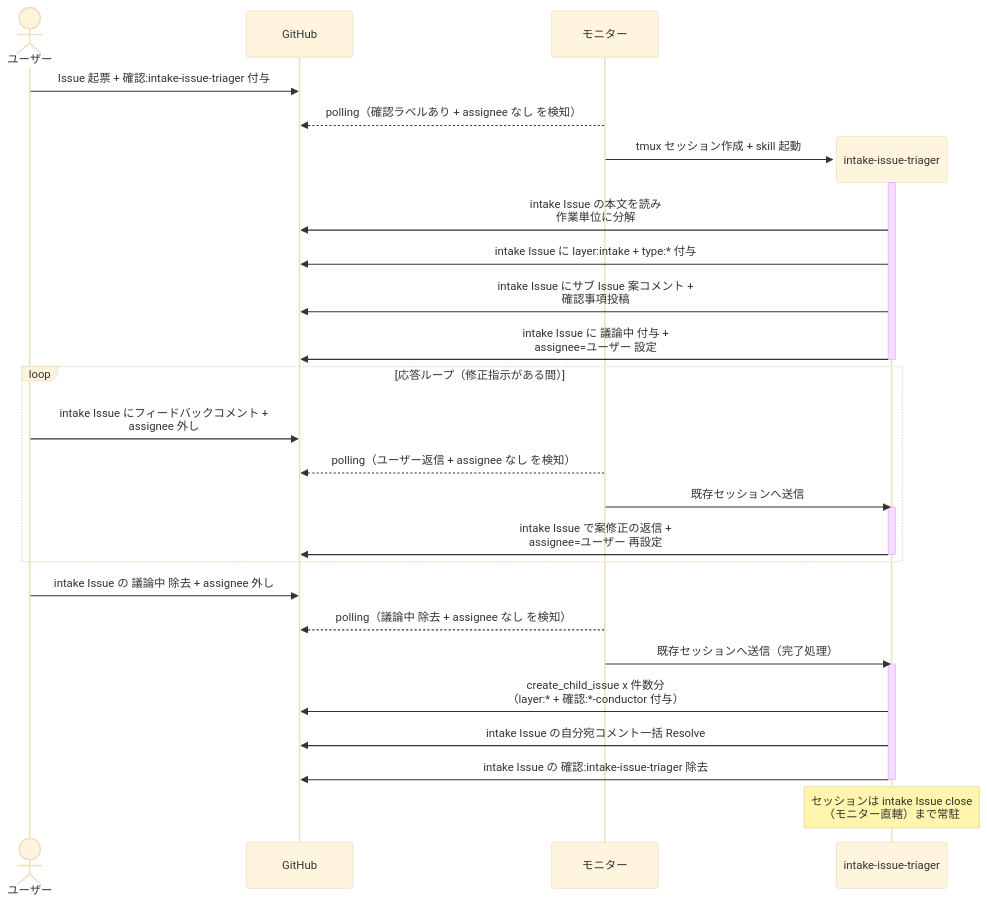
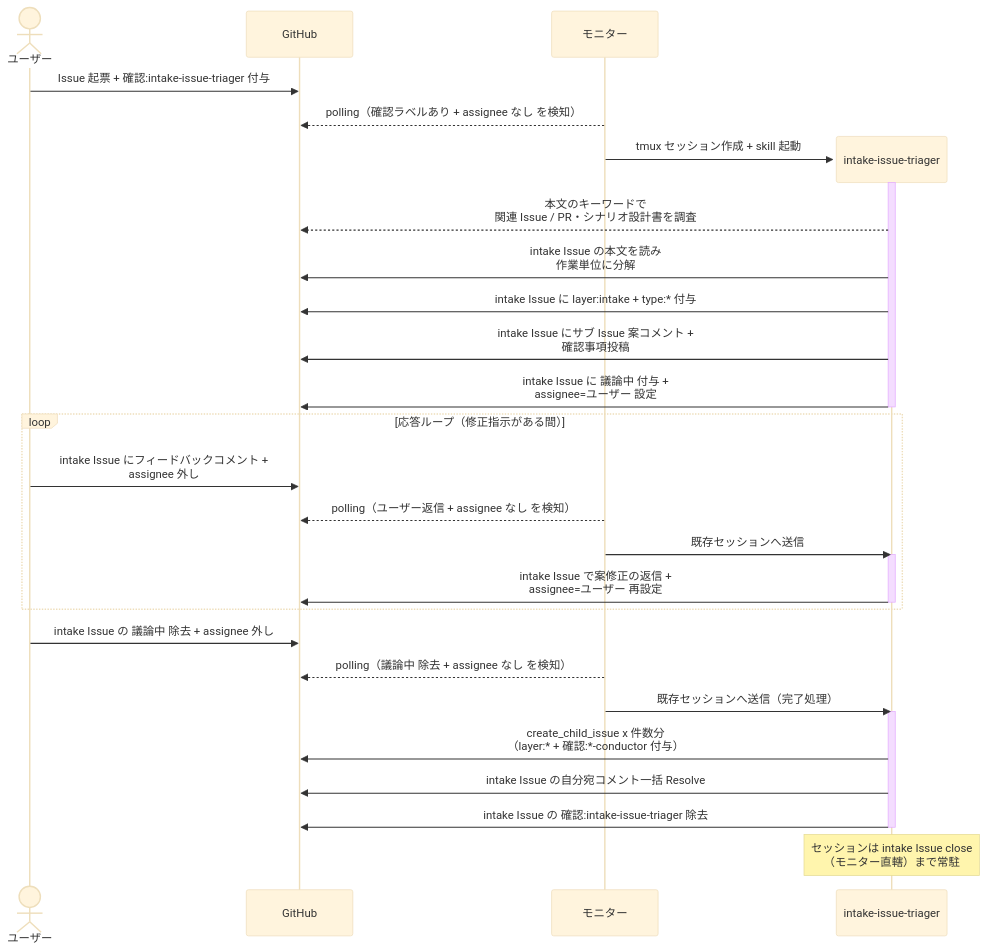
Before and after one commit to shuhei1101/ai-monitor: the diagram in docs/wiki/設計図/シナリオ/単一ユースケース/Issue分解と子起票.md, drawn with Mermaid (base theme). The commit also changed 100 other files, not shown here.

````diff
--- a/docs/wiki/設計図/シナリオ/単一ユースケース/Issue分解と子起票.md
+++ b/docs/wiki/設計図/シナリオ/単一ユースケース/Issue分解と子起票.md
@@ -20,36 +20,37 @@
 ```mermaid
 sequenceDiagram
   actor U as ユーザー
   participant GH as GitHub
   participant ORC as モニター
 
   U->>GH: Issue 起票 + 確認:intake-issue-triager 付与
   ORC-->>GH: polling（確認ラベルあり + assignee なし を検知）
   create participant MON as intake-issue-triager
   ORC->>MON: tmux セッション作成 + skill 起動
   activate MON
+  MON-->>GH: 本文のキーワードで<br>関連 Issue / PR・シナリオ設計書を調査
   MON->>GH: intake Issue の本文を読み<br>作業単位に分解
   MON->>GH: intake Issue に layer:intake + type:* 付与
   MON->>GH: intake Issue にサブ Issue 案コメント +<br>確認事項投稿
   MON->>GH: intake Issue に 議論中 付与 +<br>assignee=ユーザー 設定
   deactivate MON
 
   loop 応答ループ（修正指示がある間）
     U->>GH: intake Issue にフィードバックコメント +<br>assignee 外し
     ORC-->>GH: polling（ユーザー返信 + assignee なし を検知）
     ORC->>MON: 既存セッションへ送信
     activate MON
     MON->>GH: intake Issue で案修正の返信 +<br>assignee=ユーザー 再設定
     deactivate MON
   end
 
   U->>GH: intake Issue の 議論中 除去 + assignee 外し
   ORC-->>GH: polling（議論中 除去 + assignee なし を検知）
   ORC->>MON: 既存セッションへ送信（完了処理）
   activate MON
   MON->>GH: create_child_issue x 件数分<br>（layer:* + 確認:*-conductor 付与）
   MON->>GH: intake Issue の自分宛コメント一括 Resolve
   MON->>GH: intake Issue の 確認:intake-issue-triager 除去
   deactivate MON
   Note over MON: セッションは intake Issue close<br>（モニター直轄）まで常駐
 ```
````
